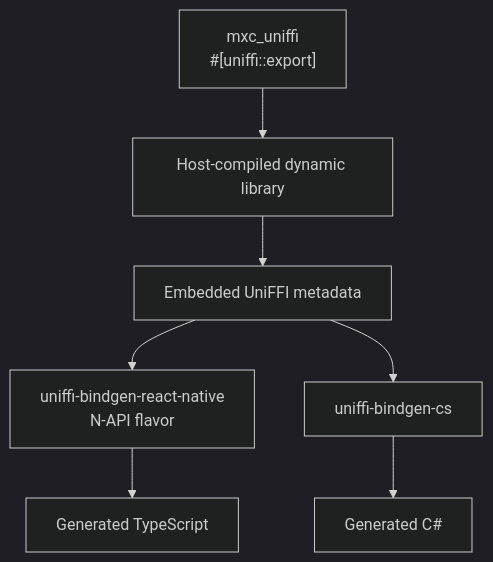
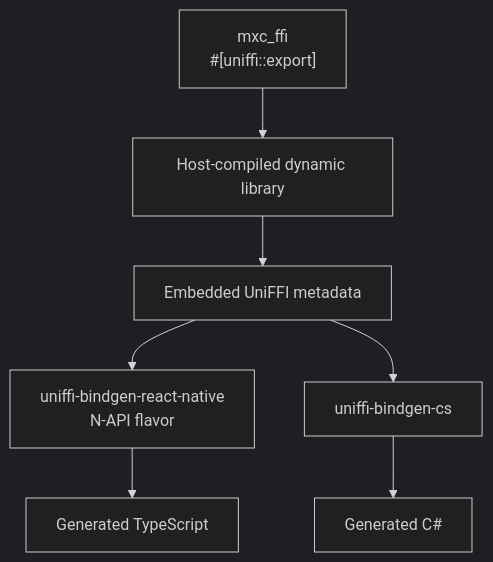
Before and after one commit to microsoft/mxc: the first of 3 diagrams in docs/designs/SDK/uniffi-binding-generation.md, drawn with Mermaid (dark theme). The commit also changed other lines of this file and 3 other files, not shown here.

````diff
--- a/docs/designs/SDK/uniffi-binding-generation.md
+++ b/docs/designs/SDK/uniffi-binding-generation.md
@@ -7,10 +7,10 @@
 ```mermaid
 flowchart TD
-    U["mxc_uniffi<br/>#[uniffi::export]"]
+    U["mxc_ffi<br/>#[uniffi::export]"]
     U --> L[Host-compiled dynamic library]
     L --> M[Embedded UniFFI metadata]
     M --> N["uniffi-bindgen-react-native<br/>N-API flavor"]
     M --> C[uniffi-bindgen-cs]
     N --> TS[Generated TypeScript]
     C --> CS[Generated C#]
 ```
````
